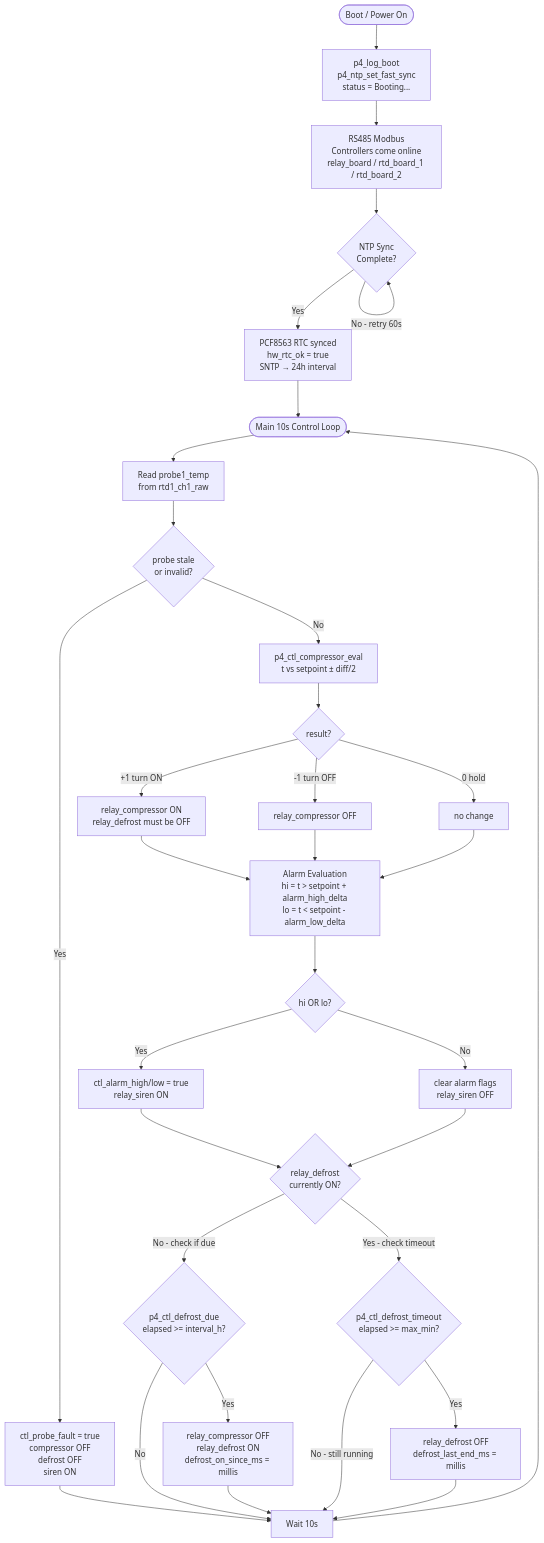
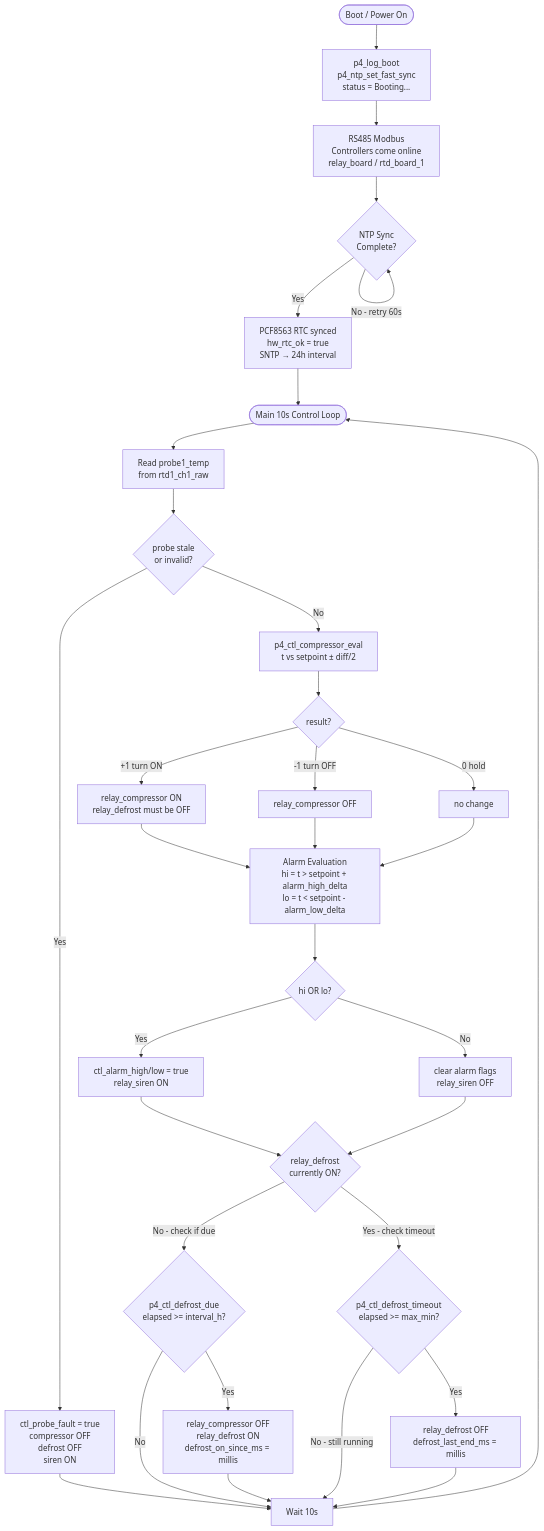
Before and after one commit to ausloki/ESP32-P4-Coolrooom: the first of 3 diagrams in reference/program_control_logic_flowchart.md, drawn with Mermaid. The commit also changed other lines of this file and 13 other files, not shown here.

````diff
--- a/reference/program_control_logic_flowchart.md
+++ b/reference/program_control_logic_flowchart.md
@@ -4,46 +4,46 @@
 ```mermaid
 flowchart TD
     BOOT([Boot / Power On]) --> INIT[p4_log_boot\np4_ntp_set_fast_sync\nstatus = Booting...]
-    INIT --> RS485[RS485 Modbus\nControllers come online\nrelay_board / rtd_board_1 / rtd_board_2]
+    INIT --> RS485[RS485 Modbus\nControllers come online\nrelay_board / rtd_board_1]
     RS485 --> NTP{NTP Sync\nComplete?}
     NTP -->|No - retry 60s| NTP
     NTP -->|Yes| RTC[PCF8563 RTC synced\nhw_rtc_ok = true\nSNTP → 24h interval]
     RTC --> LOOP
 
     LOOP([Main 10s Control Loop])
 
     LOOP --> P1[Read probe1_temp\nfrom rtd1_ch1_raw]
     P1 --> FAULT{probe stale\nor invalid?}
 
     FAULT -->|Yes| PFERR[ctl_probe_fault = true\ncompressor OFF\ndefrost OFF\nsiren ON]
     PFERR --> WAIT10[Wait 10s]
     WAIT10 --> LOOP
 
     FAULT -->|No| COMP[p4_ctl_compressor_eval\nt vs setpoint ± diff/2]
 
     COMP --> C1{result?}
     C1 -->|+1 turn ON| CON[relay_compressor ON\nrelay_defrost must be OFF]
     C1 -->|-1 turn OFF| COFF[relay_compressor OFF]
     C1 -->|0 hold| CHOLD[no change]
     CON --> ALM
     COFF --> ALM
     CHOLD --> ALM
 
     ALM[Alarm Evaluation\nhi = t > setpoint + alarm_high_delta\nlo = t < setpoint - alarm_low_delta]
     ALM --> A1{hi OR lo?}
     A1 -->|Yes| SIREON[ctl_alarm_high/low = true\nrelay_siren ON]
     A1 -->|No| SIREOFF[clear alarm flags\nrelay_siren OFF]
     SIREON --> DEFCHK
     SIREOFF --> DEFCHK
 
     DEFCHK{relay_defrost\ncurrently ON?}
     DEFCHK -->|No - check if due| DEFDUE{p4_ctl_defrost_due\nelapsed >= interval_h?}
     DEFDUE -->|No| WAIT10
     DEFDUE -->|Yes| DEFSTART[relay_compressor OFF\nrelay_defrost ON\ndefrost_on_since_ms = millis]
     DEFSTART --> WAIT10
 
     DEFCHK -->|Yes - check timeout| DEFTMO{p4_ctl_defrost_timeout\nelapsed >= max_min?}
     DEFTMO -->|No - still running| WAIT10
     DEFTMO -->|Yes| DEFEND[relay_defrost OFF\ndefrost_last_end_ms = millis]
     DEFEND --> WAIT10
 ```
````
